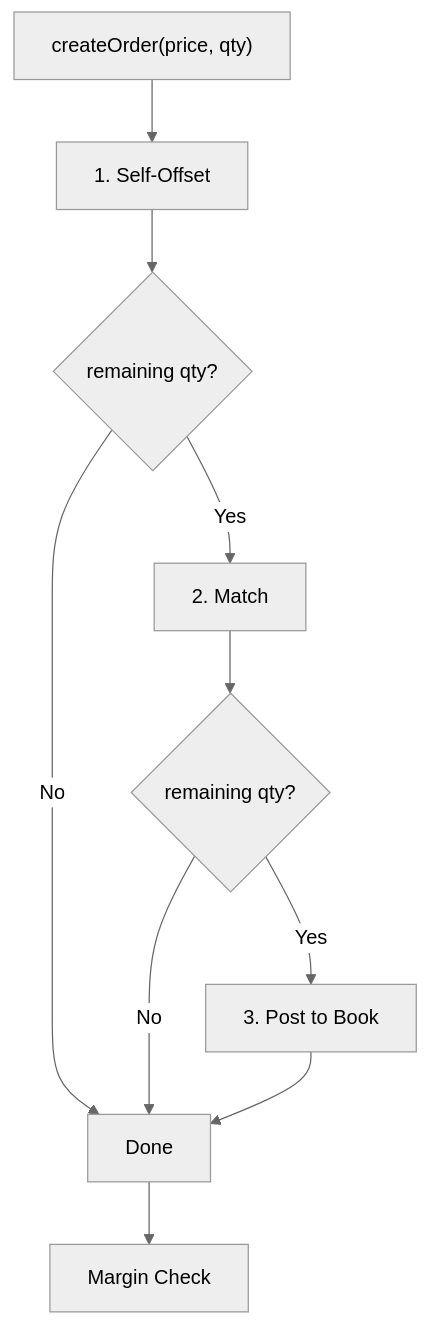
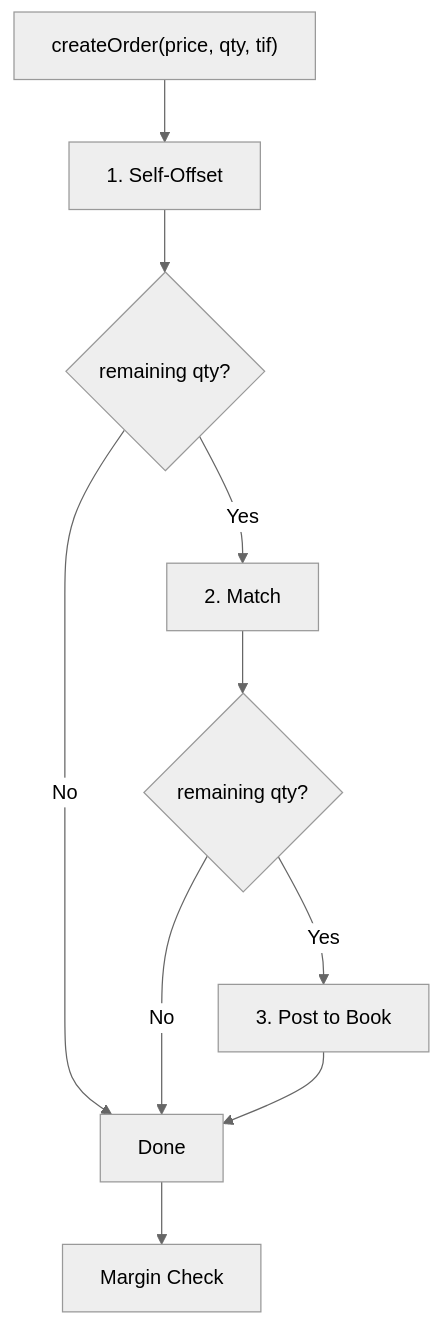
One commit to Lumerin-protocol/derivatives-marketplace changed the first of 2 diagrams in contracts/README.md. Above: the diagram before and after it, drawn with Mermaid (neutral theme). The commit also changed other lines of this file and 58 other files, not shown here.

````diff
--- a/contracts/README.md
+++ b/contracts/README.md
@@ -19,12 +19,12 @@
 ```mermaid
 flowchart TD
-    A["createOrder(price, qty)"] --> B[1. Self-Offset]
+    A["createOrder(price, qty, tif)"] --> B[1. Self-Offset]
     B --> C{remaining qty?}
     C -->|Yes| D[2. Match]
     C -->|No| G[Done]
     D --> E{remaining qty?}
     E -->|Yes| F[3. Post to Book]
     E -->|No| G
     F --> G
     G --> H[Margin Check]
 ```
````
